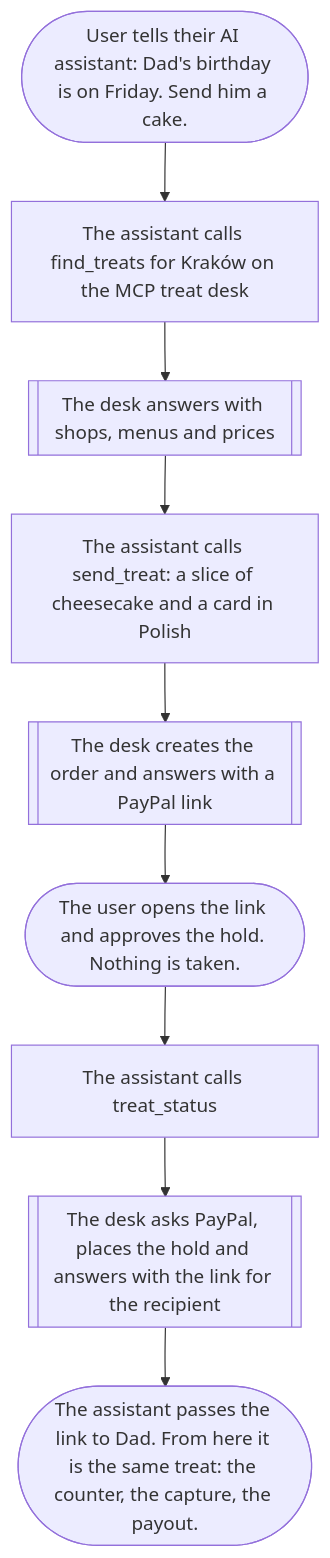
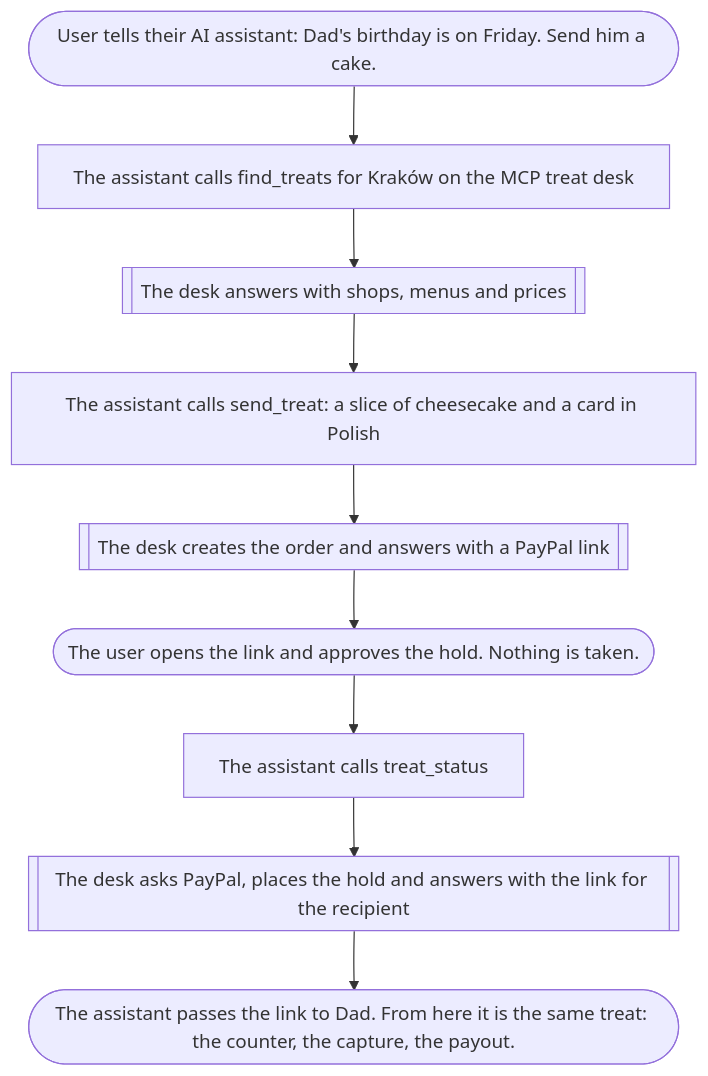
The seventh of 7 diagrams in README.md (55wind/handover), drawn with Mermaid before and after one commit. The commit also changed other lines of this file, not shown here.

Commit message:
docs: wider boxes in the flow diagrams

````diff
--- a/README.md
+++ b/README.md
@@ -179,13 +184,14 @@
 ```mermaid
+%%{init: {"flowchart": {"wrappingWidth": 520}}}%%
 flowchart TD
     U1(["User tells their AI assistant: Dad's birthday is on Friday. Send him a cake."])
     A1["The assistant calls find_treats for Kraków on the MCP treat desk"]
     M1[["The desk answers with shops, menus and prices"]]
     A2["The assistant calls send_treat: a slice of cheesecake and a card in Polish"]
     M2[["The desk creates the order and answers with a PayPal link"]]
     U2(["The user opens the link and approves the hold. Nothing is taken."])
     A3["The assistant calls treat_status"]
     M3[["The desk asks PayPal, places the hold and answers with the link for the recipient"]]
     R1(["The assistant passes the link to Dad. From here it is the same treat: the counter, the capture, the payout."])
     U1 --> A1 --> M1 --> A2 --> M2 --> U2 --> A3 --> M3 --> R1
 ```
````
